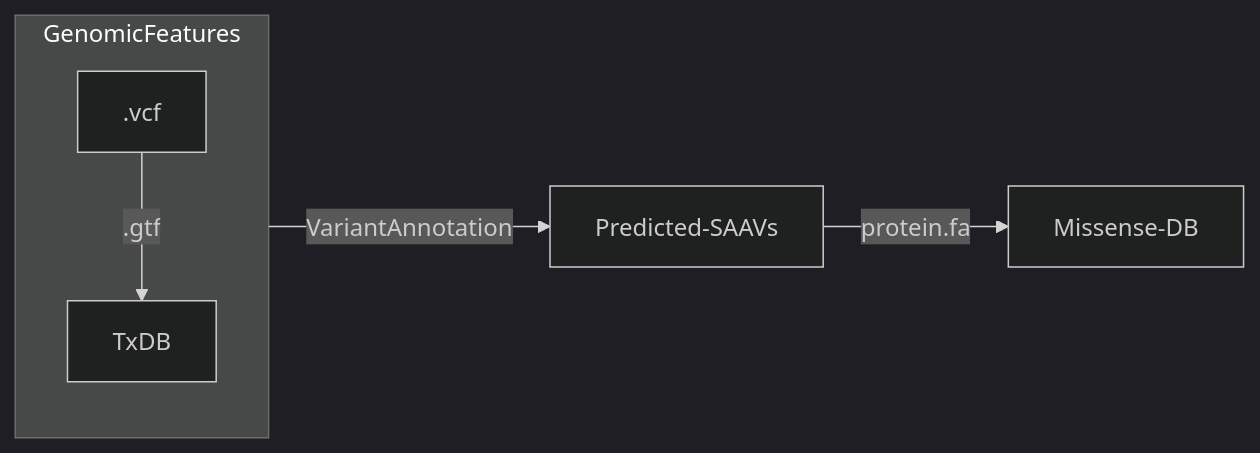
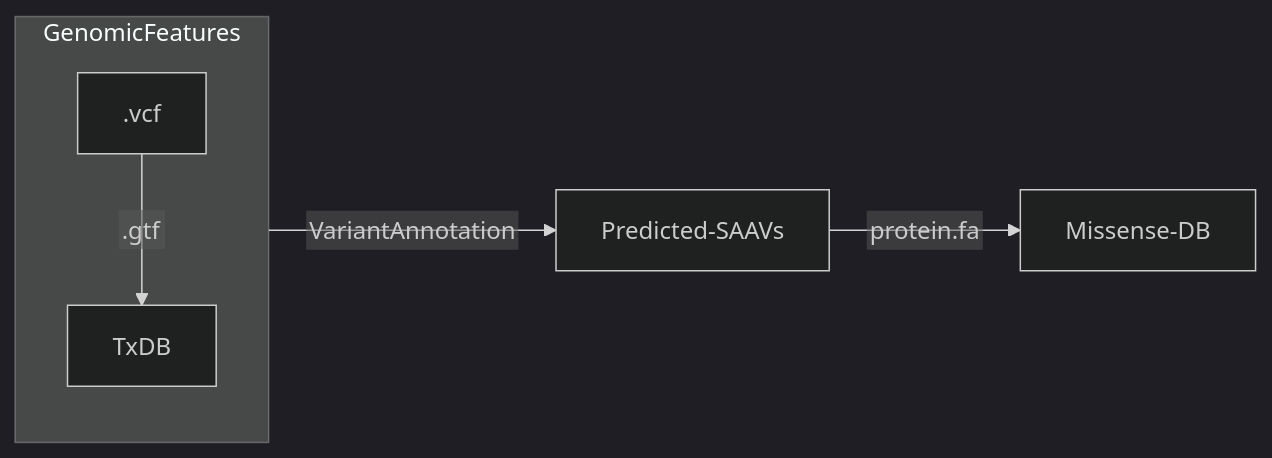
Before and after one commit to hdesai17/chemoproteogenomics: the diagram in README.md, drawn with Mermaid (dark theme).

````diff
--- a/README.md
+++ b/README.md
@@ -19,11 +19,9 @@
 ```mermaid
-
+%%{init: {"flowchart": {"htmlLabels": false}} }%%
 flowchart LR;
-   subgraph GenomicFeatures
+   subgraph "GenomicFeatures"
    .vcf-->|.gtf|TxDB
    end
    GenomicFeatures-->|VariantAnnotation|Predicted-SAAVs
    Predicted-SAAVs-->|protein.fa|Missense-DB;
- 
-
 ```
````
